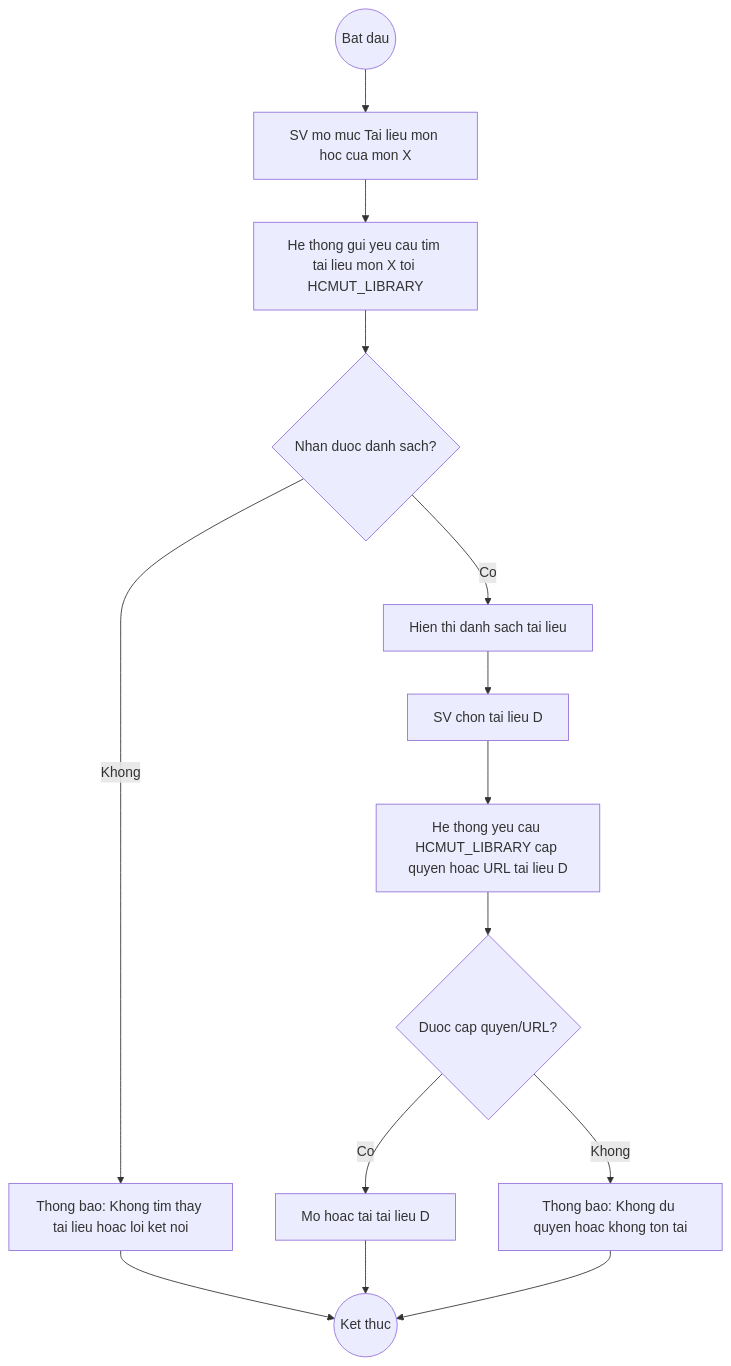
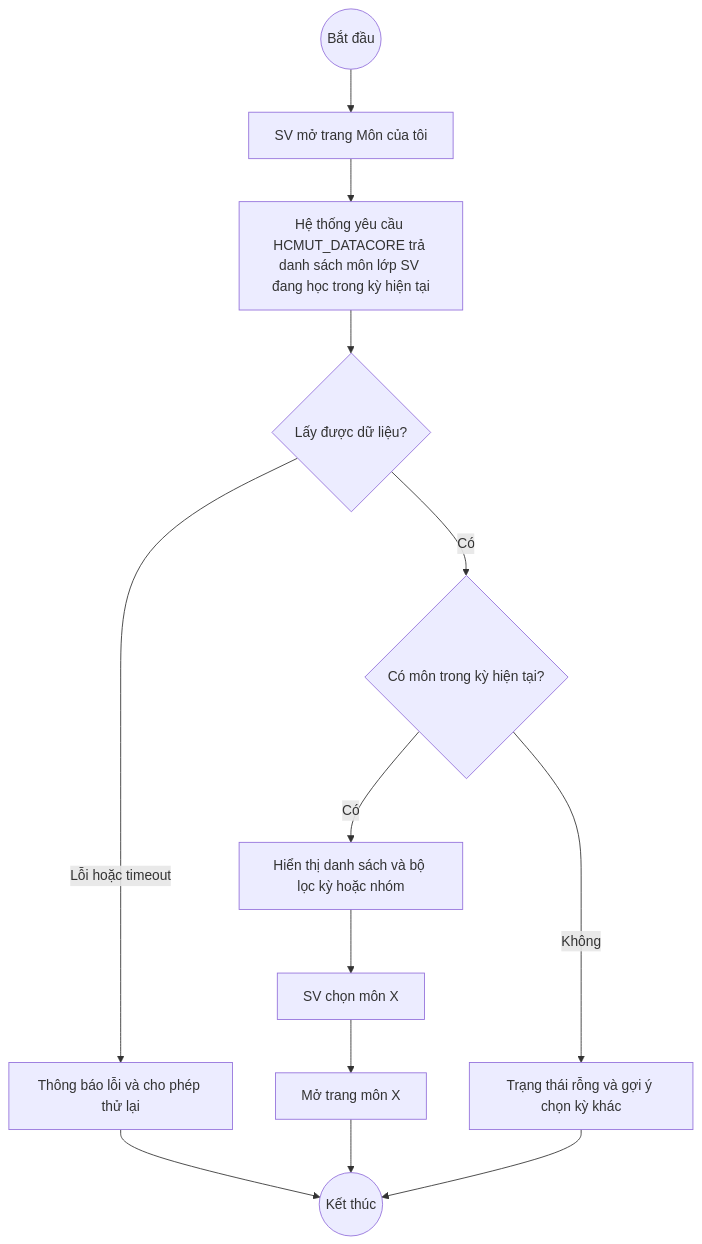
The second of 4 diagrams in CPNM_test.md (bqlam18/a), drawn with Mermaid before and after one commit. The commit also changed other lines of this file, not shown here.

````diff
--- a/CPNM_test.md
+++ b/CPNM_test.md
@@ -33,21 +39,20 @@
 ```mermaid
 flowchart TD
-  A(("Bat dau"))
-  B[SV mo muc Tai lieu mon hoc cua mon X]
-  C[He thong gui yeu cau tim tai lieu mon X toi HCMUT_LIBRARY]
-  D{Nhan duoc danh sach?}
-  E[Hien thi danh sach tai lieu]
-  F[SV chon tai lieu D]
-  G[He thong yeu cau HCMUT_LIBRARY cap quyen hoac URL tai lieu D]
-  H{Duoc cap quyen/URL?}
-  I[Mo hoac tai tai lieu D]
-  J[Thong bao: Khong du quyen hoac khong ton tai]
-  K[Thong bao: Khong tim thay tai lieu hoac loi ket noi]
-  Z(("Ket thuc"))
+  A(("Bắt đầu"))
+  B[SV mở trang Môn của tôi]
+  C[Hệ thống yêu cầu HCMUT_DATACORE trả danh sách môn lớp SV đang học trong kỳ hiện tại]
+  D{Lấy được dữ liệu?}
+  E{Có môn trong kỳ hiện tại?}
+  F[Hiển thị danh sách và bộ lọc kỳ hoặc nhóm]
+  G[SV chọn môn X]
+  H[Mở trang môn X]
+  I[Trạng thái rỗng và gợi ý chọn kỳ khác]
+  J[Thông báo lỗi và cho phép thử lại]
+  Z(("Kết thúc"))
 
   A --> B --> C --> D
-  D -->|Co| E --> F --> G --> H
-  D -->|Khong| K --> Z
-  H -->|Co| I --> Z
-  H -->|Khong| J --> Z
+  D -->|Có| E
+  D -->|Lỗi hoặc timeout| J --> Z
+  E -->|Có| F --> G --> H --> Z
+  E -->|Không| I --> Z
 ```
````
